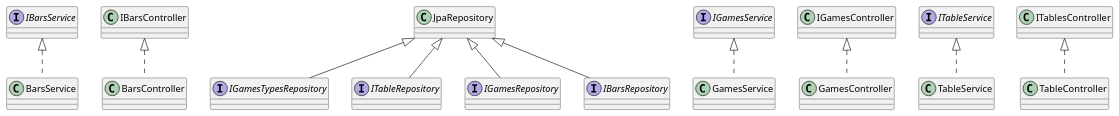
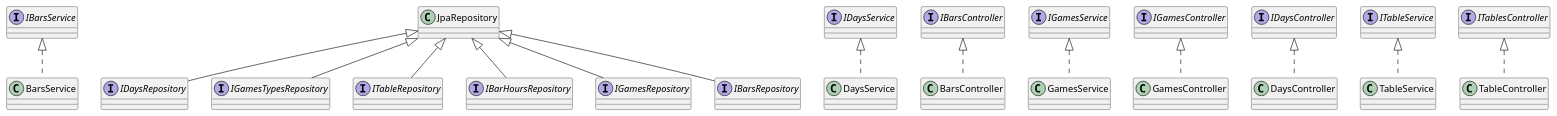
The diagram in Bars.puml (Bercovein/CCoins_Bars), drawn with PlantUML before and after one commit. The commit also changed 1 other file, not shown here.

```diff
--- a/Bars.puml
+++ b/Bars.puml
@@ -1,40 +1,62 @@
 @startuml
 interface IBarsService {
+}
+interface IDaysRepository {
+}
+interface IDaysService {
 }
 class BarsController {
 }
 interface IGamesTypesRepository {
 }
 interface ITableRepository {
 }
 class GamesService {
 }
 class GamesController {
 }
+class DaysService {
+}
+interface IBarHoursRepository {
+}
+interface IDaysController {
+}
 interface IGamesRepository {
 }
 interface IBarsRepository {
+}
+class DaysController {
 }
 class TableService {
 }
 interface ITableService {
 }
+interface ITablesController {
+}
 class TableController {
 }
 interface IGamesService {
+}
+interface IBarsController {
+}
+interface IGamesController {
 }
 class BarsService {
 }
 
 
+JpaRepository <|-- IDaysRepository
 IBarsController <|.. BarsController
 JpaRepository <|-- IGamesTypesRepository
 JpaRepository <|-- ITableRepository
 IGamesService <|.. GamesService
 IGamesController <|.. GamesController
+IDaysService <|.. DaysService
+JpaRepository <|-- IBarHoursRepository
 JpaRepository <|-- IGamesRepository
 JpaRepository <|-- IBarsRepository
+IDaysController <|.. DaysController
 ITableService <|.. TableService
 ITablesController <|.. TableController
 IBarsService <|.. BarsService
 @enduml
```
